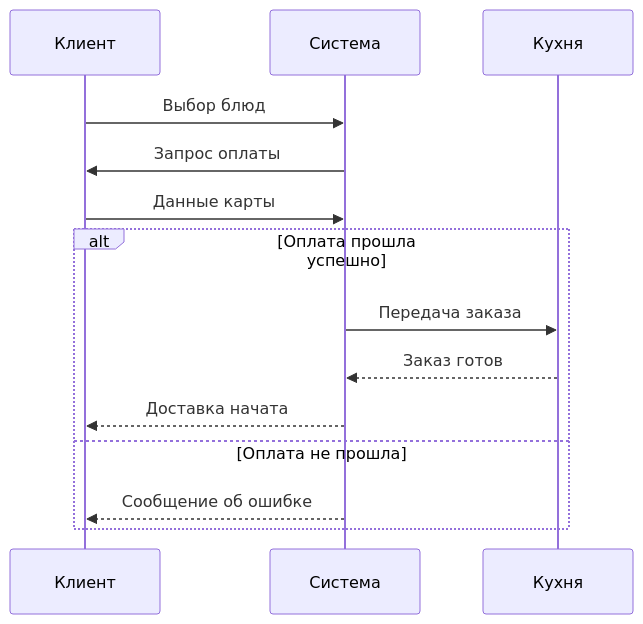
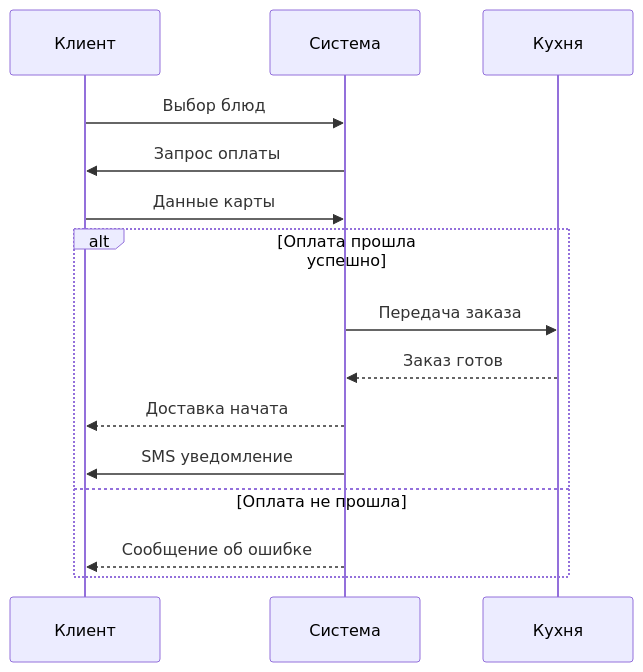
The diagram in lab1/diagrams/sequence.md (Alex-txt-b/visual-programming-labs-sirosh), drawn with Mermaid before and after one commit.

Commit message:
Update Sequence: add minor element

````diff
--- a/lab1/diagrams/sequence.md
+++ b/lab1/diagrams/sequence.md
@@ -1,18 +1,19 @@
 ```mermaid
 sequenceDiagram
     participant Клиент
     participant Система
     participant Кухня
 
     Клиент->>Система: Выбор блюд
     Система->>Клиент: Запрос оплаты
     Клиент->>Система: Данные карты
 
     alt Оплата прошла успешно
         Система->>Кухня: Передача заказа
         Кухня-->>Система: Заказ готов
         Система-->>Клиент: Доставка начата
+        Система->>Клиент: SMS уведомление
     else Оплата не прошла
         Система-->>Клиент: Сообщение об ошибке
     end
 ```
````
